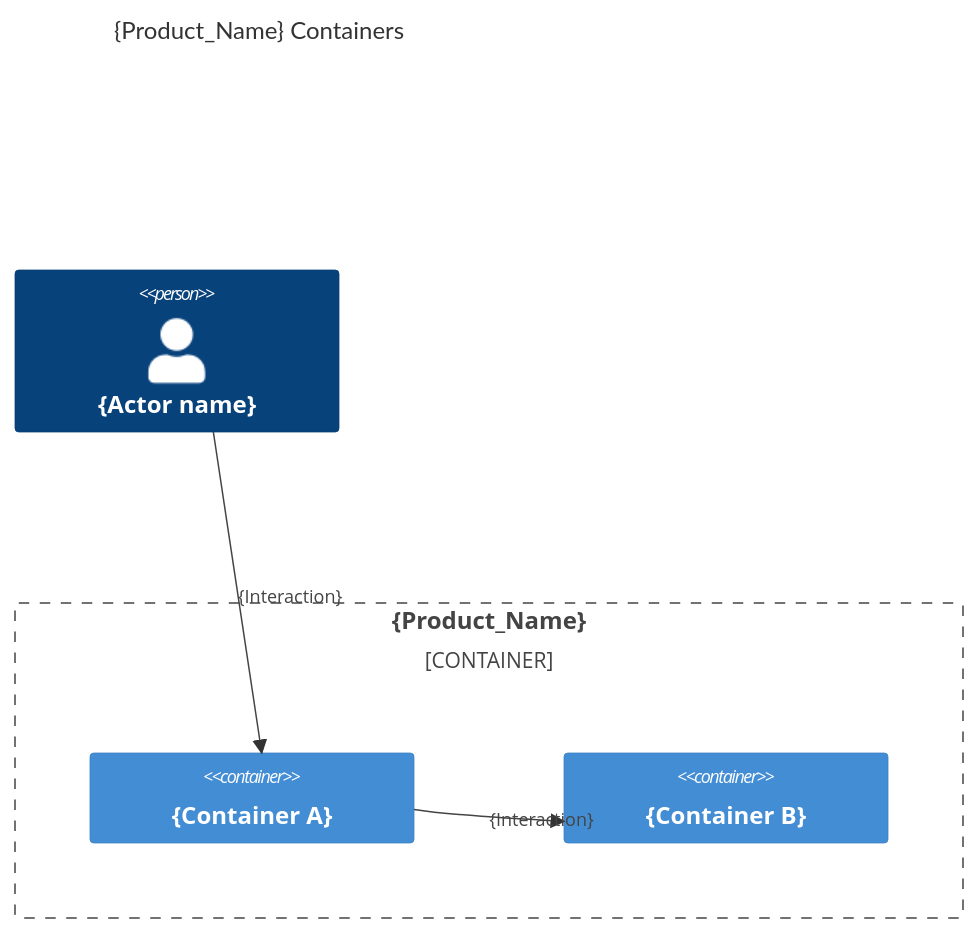
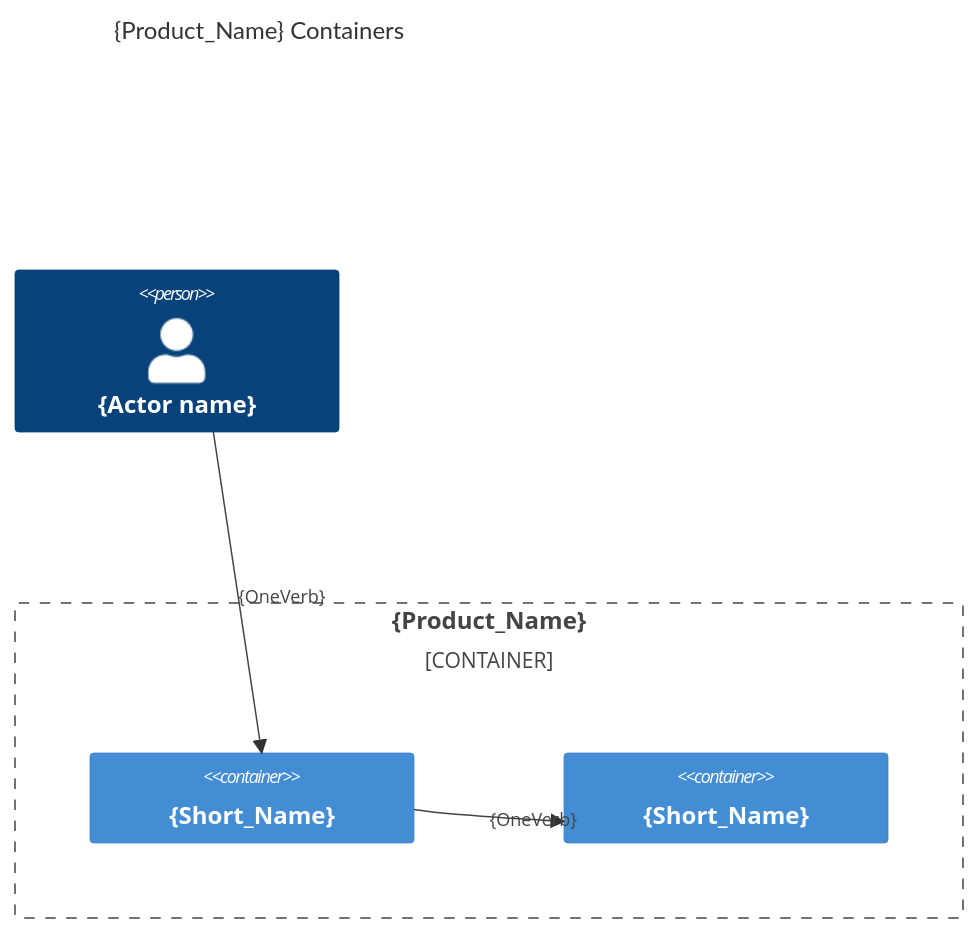
One commit to AIDDbot/AIDDbot changed the diagram in .agents/skills/explore/assets/system.arch.template.md. Above: the diagram before and after it, drawn with Mermaid. The commit also changed 8 other files, not shown here.

````diff
--- a/.agents/skills/explore/assets/system.arch.template.md
+++ b/.agents/skills/explore/assets/system.arch.template.md
@@ -11,14 +11,14 @@
 ```mermaid
 C4Container
   title {Product_Name} Containers
 
   Person(actor_id, "{Actor name}")
 
   Container_Boundary(system_id, "{Product_Name}") {
-    Container(container_a, "{Container A}")
-    Container(container_b, "{Container B}")
+    Container(container_a, "{Short_Name}")
+    Container(container_b, "{Short_Name}")
   }
 
-  Rel(actor_id, container_a, "{Interaction}")
-  Rel(container_a, container_b, "{Interaction}")
+  Rel(actor_id, container_a, "{OneVerb}")
+  Rel(container_a, container_b, "{OneVerb}")
 ```
````
